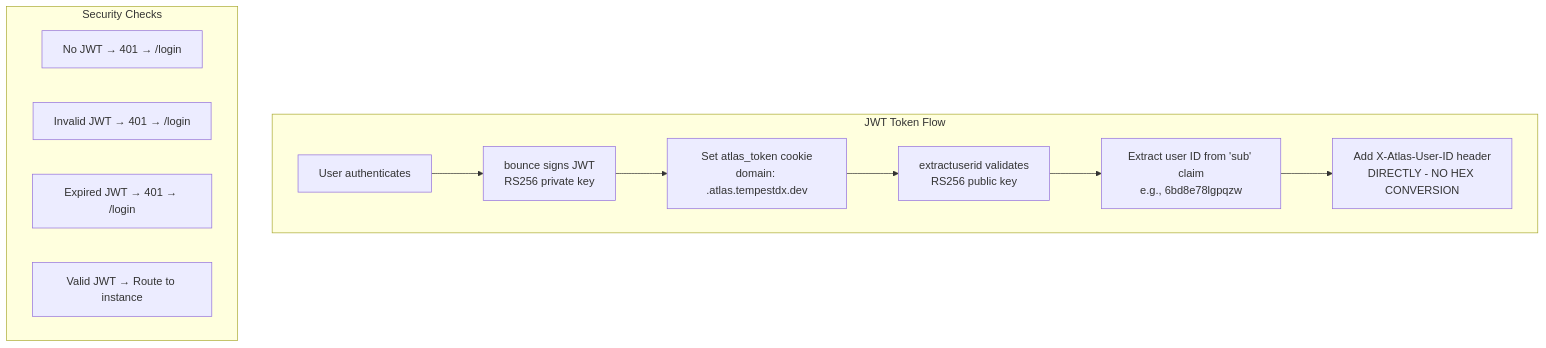
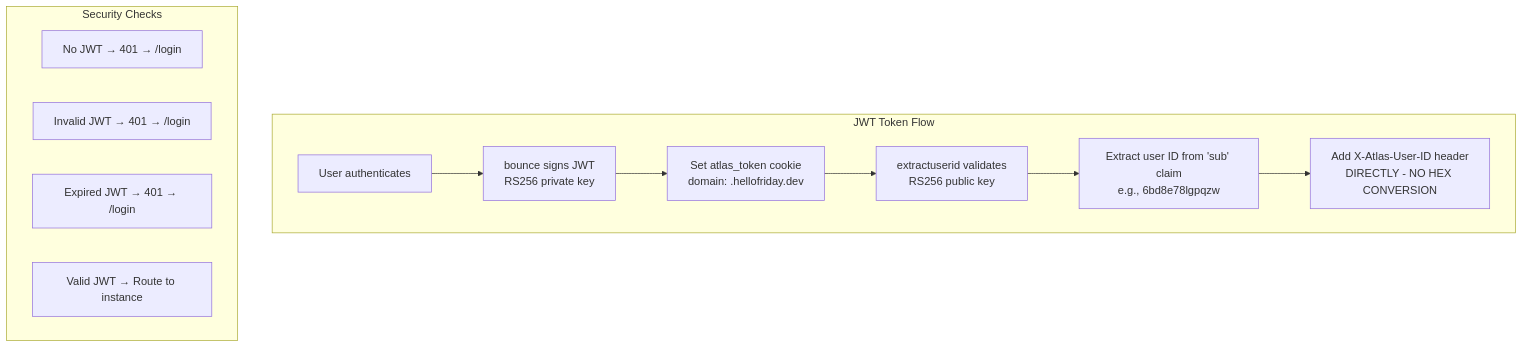
One commit to friday-platform/friday-studio changed the ninth of 10 diagrams in docs/ATLAS_AUTH_USER_JOURNEY.md. Above: the diagram before and after it, drawn with Mermaid. The commit also changed other lines of this file and 20 other files, not shown here.

First line of the commit message:
chore: rebrand domains from tempestdx to hellofriday (#1223)

````diff
--- a/docs/ATLAS_AUTH_USER_JOURNEY.md
+++ b/docs/ATLAS_AUTH_USER_JOURNEY.md
@@ -300,24 +300,24 @@
 ```mermaid
 graph TB
     subgraph "JWT Token Flow"
         Create[User authenticates]
         Sign[bounce signs JWT<br/>RS256 private key]
-        Cookie[Set atlas_token cookie<br/>domain: .atlas.tempestdx.dev]
+        Cookie[Set atlas_token cookie<br/>domain: .hellofriday.dev]
         Validate[extractuserid validates<br/>RS256 public key]
         Extract[Extract user ID from 'sub' claim<br/>e.g., 6bd8e78lgpqzw]
         Header[Add X-Atlas-User-ID header<br/>DIRECTLY - NO HEX CONVERSION]
     end
 
     Create --> Sign
     Sign --> Cookie
     Cookie --> Validate
     Validate --> Extract
     Extract --> Header
 
     subgraph "Security Checks"
         Check1[No JWT → 401 → /login]
         Check2[Invalid JWT → 401 → /login]
         Check3[Expired JWT → 401 → /login]
         Check4[Valid JWT → Route to instance]
     end
 ```
````
